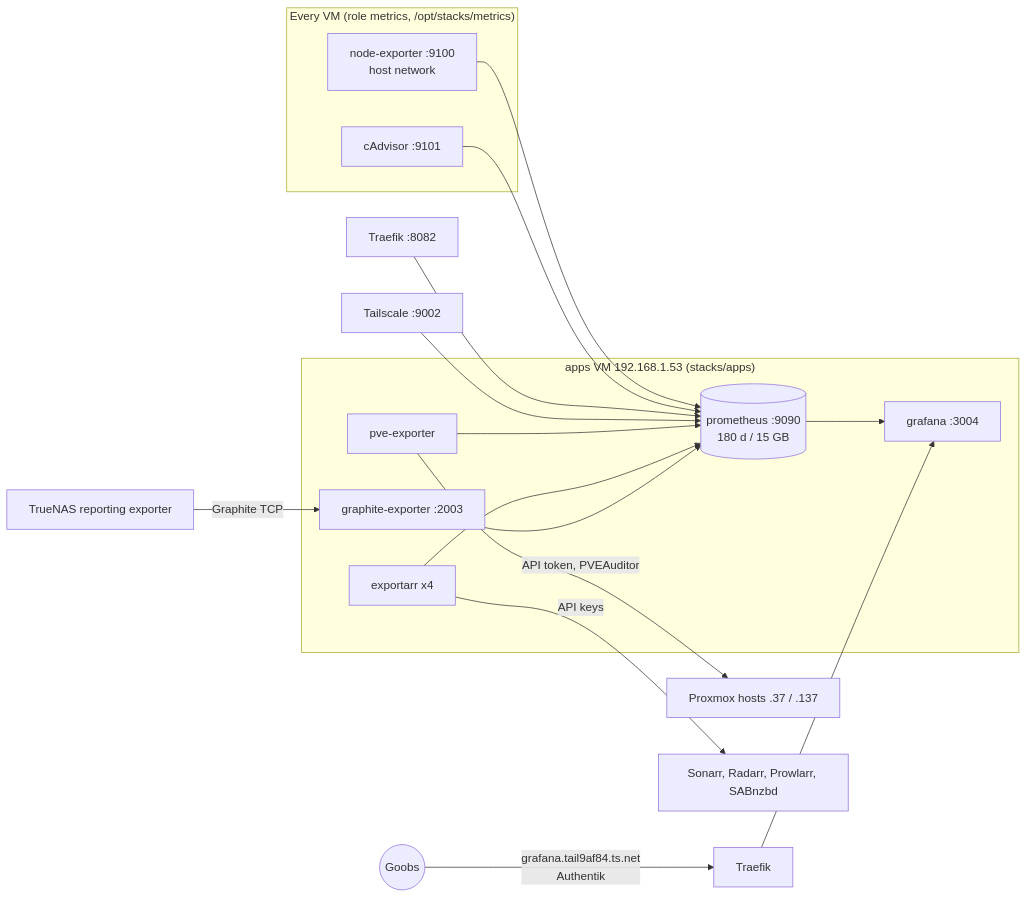
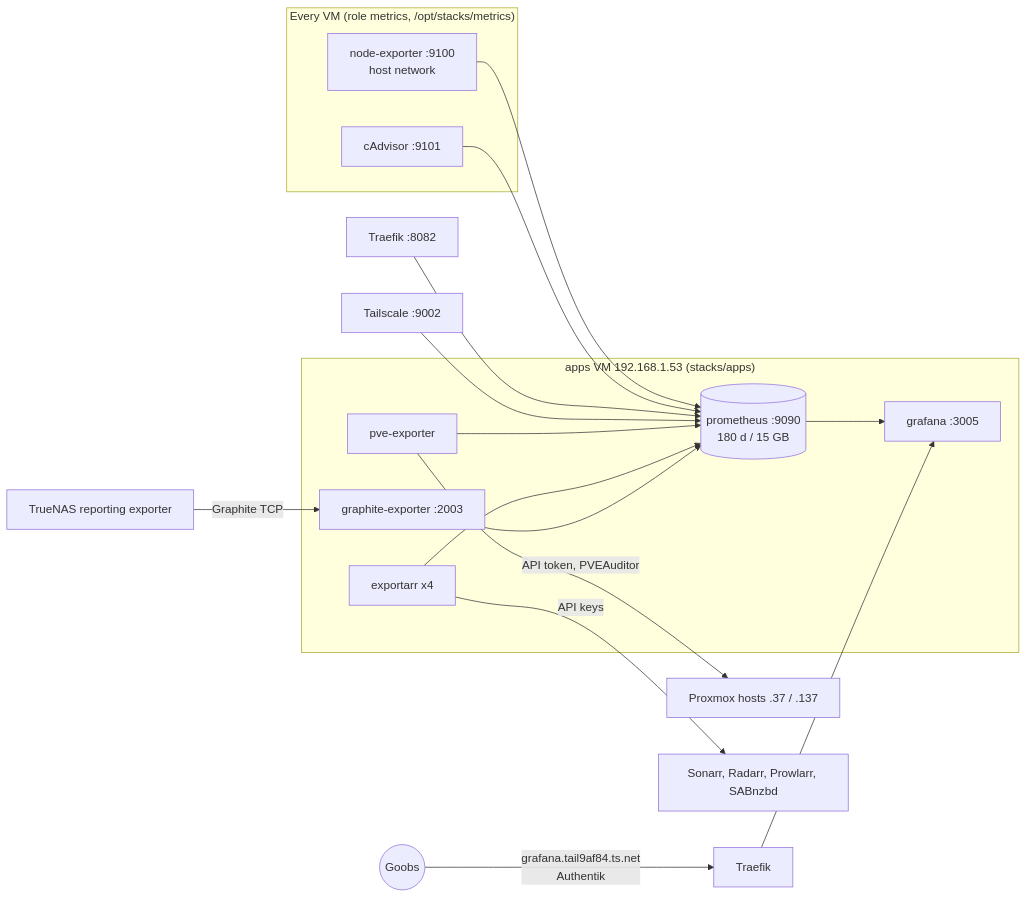
One commit to mikegutberlet/homelab-infra changed the diagram in docs/wiki/services/monitoring.md. Above: the diagram before and after it, drawn with Mermaid. The commit also changed other lines of this file and 7 other files, not shown here.

````diff
--- a/docs/wiki/services/monitoring.md
+++ b/docs/wiki/services/monitoring.md
@@ -9,26 +9,26 @@
 ```mermaid
 flowchart LR
     subgraph vms["Every VM (role metrics, /opt/stacks/metrics)"]
         NE[node-exporter :9100<br/>host network]
         CA[cAdvisor :9101]
     end
     subgraph apps["apps VM 192.168.1.53 (stacks/apps)"]
         P[(prometheus :9090<br/>180 d / 15 GB)]
-        G[grafana :3004]
+        G[grafana :3005]
         PVE[pve-exporter]
         EXA[exportarr x4]
         GE[graphite-exporter :2003]
     end
     NE --> P
     CA --> P
     PVE -- "API token, PVEAuditor" --> HOSTS[Proxmox hosts .37 / .137]
     EXA -- "API keys" --> MEDIA[Sonarr, Radarr, Prowlarr, SABnzbd]
     NAS[TrueNAS reporting exporter] -- Graphite TCP --> GE
     TR[Traefik :8082] --> P
     TS[Tailscale :9002] --> P
     PVE --> P
     EXA --> P
     GE --> P
     P --> G
     U((Goobs)) -- "grafana.tail9af84.ts.net<br/>Authentik" --> TRAEFIK[Traefik] --> G
 ```
````
